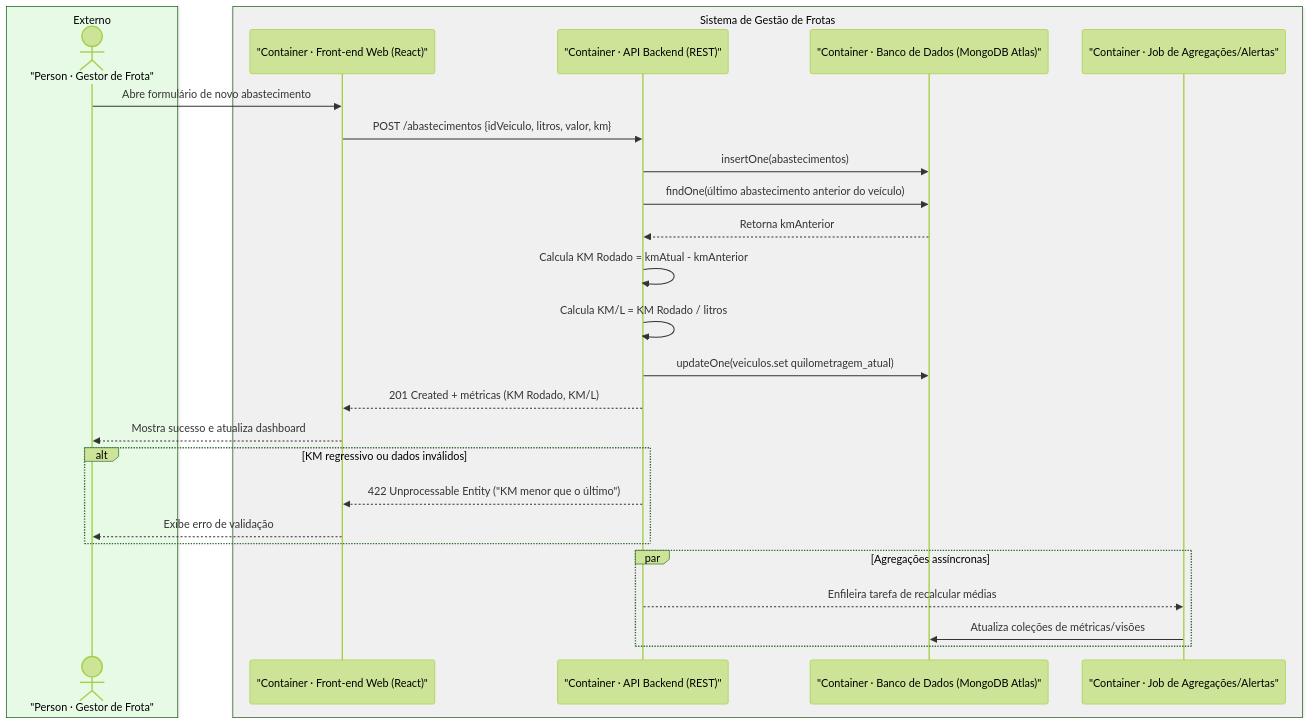
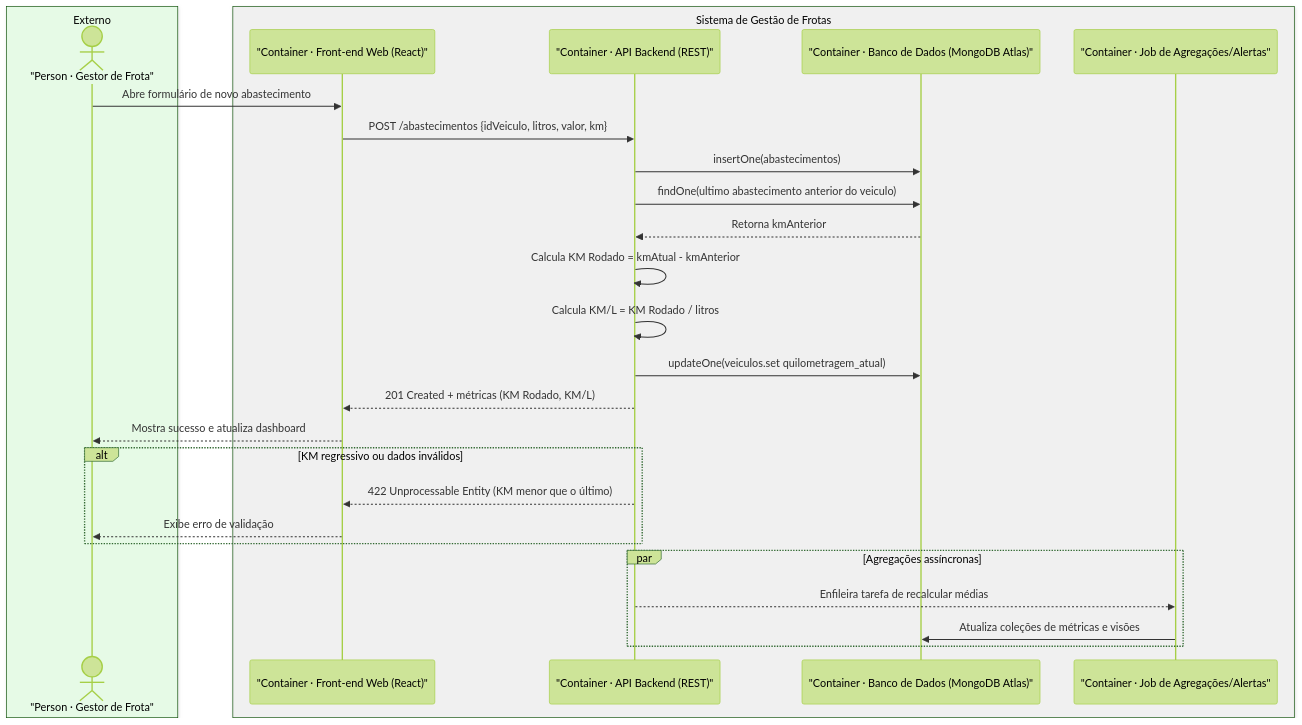
The second of 4 diagrams in c4.md (celfons/Pedro), drawn with Mermaid (forest theme) before and after one commit. The commit also changed other lines of this file, not shown here.

````diff
--- a/c4.md
+++ b/c4.md
@@ -36,33 +36,33 @@
 ```mermaid
 sequenceDiagram
     box rgb(230,250,230) Externo
       actor U as "Person · Gestor de Frota"
     end
     box rgb(240,240,240) Sistema de Gestão de Frotas
       participant FE as "Container · Front-end Web (React)"
       participant API as "Container · API Backend (REST)"
       participant DB as "Container · Banco de Dados (MongoDB Atlas)"
       participant JOB as "Container · Job de Agregações/Alertas"
     end
 
     U->>FE: Abre formulário de novo abastecimento
     FE->>API: POST /abastecimentos {idVeiculo, litros, valor, km}
     API->>DB: insertOne(abastecimentos)
-    API->>DB: findOne(último abastecimento anterior do veículo)
+    API->>DB: findOne(ultimo abastecimento anterior do veiculo)
     DB-->>API: Retorna kmAnterior
     API->>API: Calcula KM Rodado = kmAtual - kmAnterior
     API->>API: Calcula KM/L = KM Rodado / litros
     API->>DB: updateOne(veiculos.set quilometragem_atual)
     API-->>FE: 201 Created + métricas (KM Rodado, KM/L)
     FE-->>U: Mostra sucesso e atualiza dashboard
 
     alt KM regressivo ou dados inválidos
-      API-->>FE: 422 Unprocessable Entity ("KM menor que o último")
+      API-->>FE: 422 Unprocessable Entity (KM menor que o último)
       FE-->>U: Exibe erro de validação
     end
 
     par Agregações assíncronas
       API-->>JOB: Enfileira tarefa de recalcular médias
-      JOB->>DB: Atualiza coleções de métricas/visões
+      JOB->>DB: Atualiza coleções de métricas e visões
     end
 ```
````
